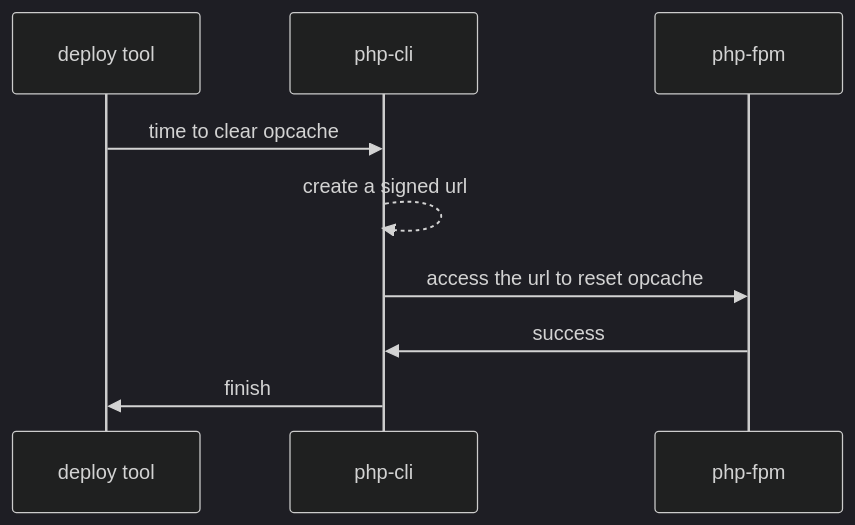
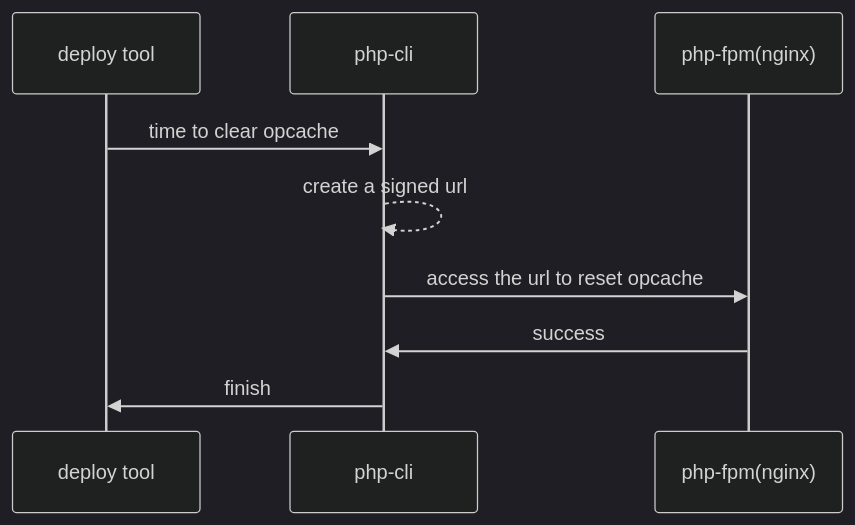
One commit to toknT/laravel-opcache-manager changed the diagram in README.md. Above: the diagram before and after it, drawn with Mermaid (dark theme). The commit also changed other lines of this file and 1 other file, not shown here.

Commit message:
README_zh.md

````diff
--- a/README.md
+++ b/README.md
@@ -11,11 +13,11 @@
 ```mermaid
 sequenceDiagram
     participant A as deploy tool
     participant B as php-cli
-    participant C as php-fpm
+    participant C as php-fpm(nginx)
     A->>B: time to clear opcache
     B-->>B: create a signed url
     B->>C: access the url to reset opcache
     C->>B: success
     B->>A: finish
 ```
````
